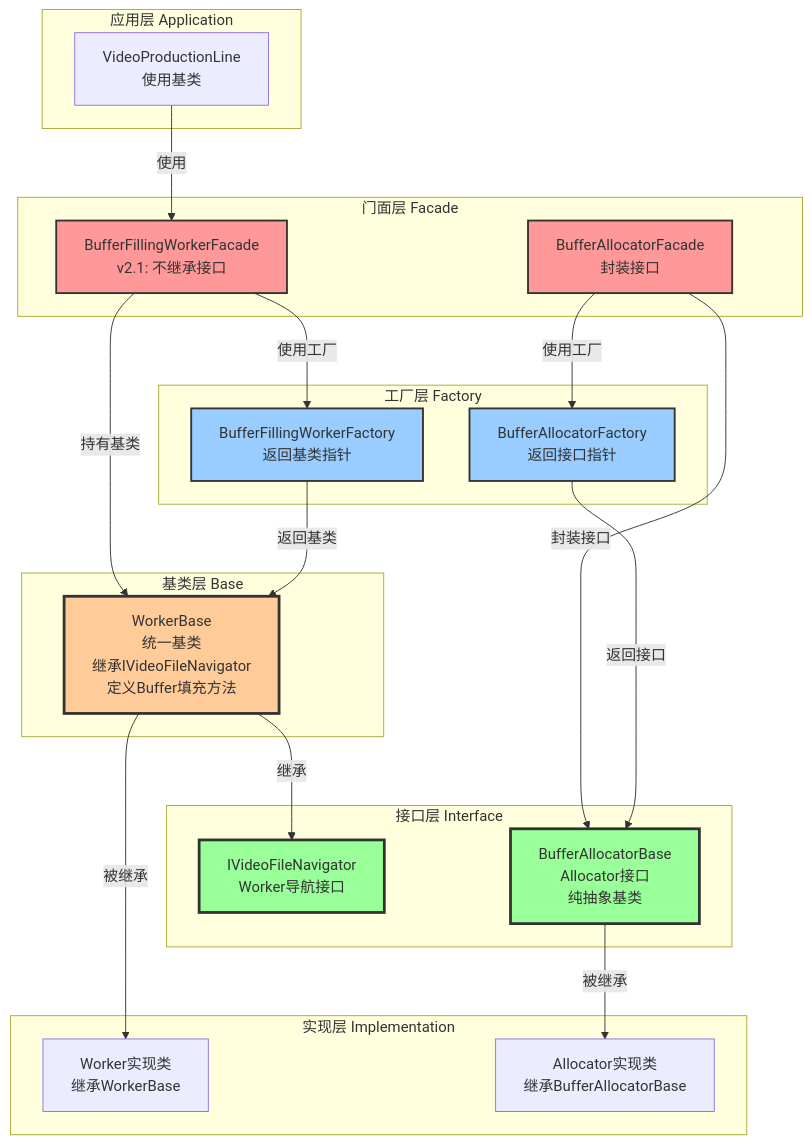
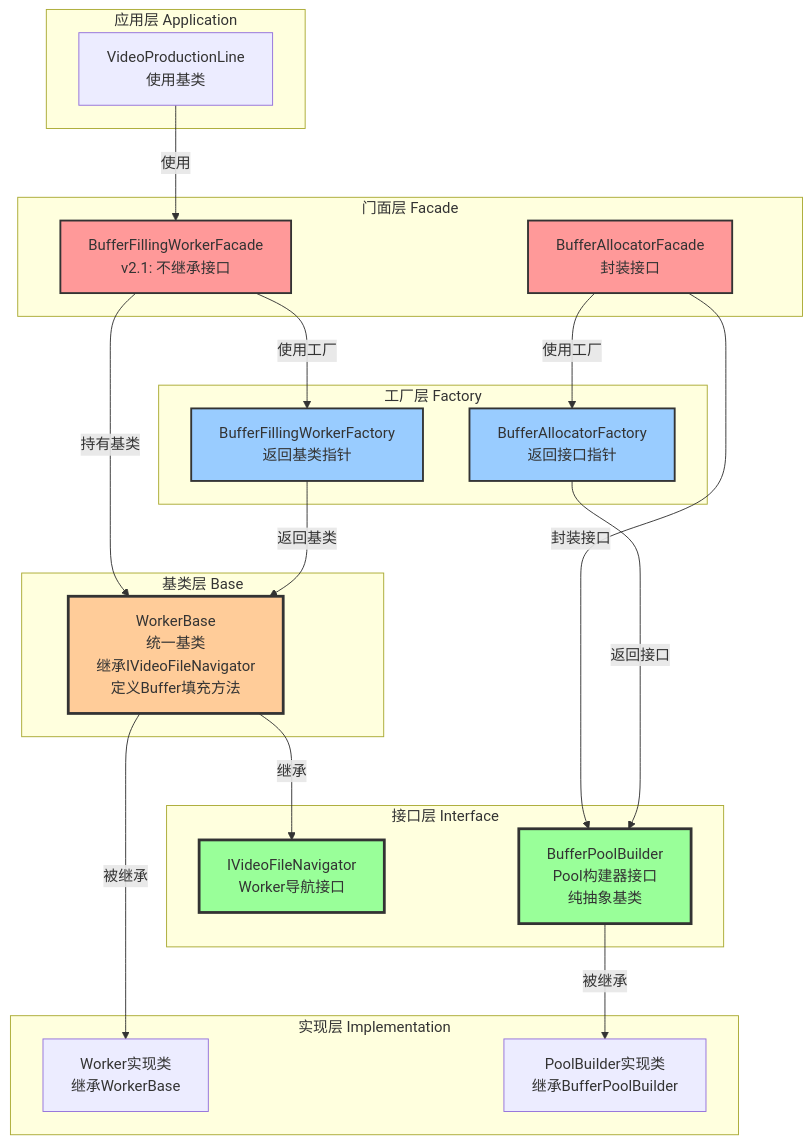
Before and after one commit to luoxiafeng-1990/components: the first of 6 diagrams in ARCHITECTURE.md, drawn with Mermaid. The commit also changed other lines of this file and 68 other files, not shown here.

First line of the commit message:
refactor(bufferpool): 将 buffer/pool 模块重组到独立 bufferpool 命名空间

````diff
--- a/ARCHITECTURE.md
+++ b/ARCHITECTURE.md
@@ -2466,50 +1189,50 @@
 ```mermaid
 graph TB
     subgraph "应用层 Application"
         VPL[VideoProductionLine<br/>使用基类]
     end
     
     subgraph "门面层 Facade"
         BFW[BufferFillingWorkerFacade<br/>v2.1: 不继承接口]
         BAF[BufferAllocatorFacade<br/>封装接口]
     end
     
     subgraph "工厂层 Factory"
         BFWFactory[BufferFillingWorkerFactory<br/>返回基类指针]
         BAFactory[BufferAllocatorFactory<br/>返回接口指针]
     end
     
     subgraph "接口层 Interface"
         IVFN[IVideoFileNavigator<br/>Worker导航接口]
-        BAB[BufferAllocatorBase<br/>Allocator接口<br/>纯抽象基类]
+        BAB[BufferPoolBuilder<br/>Pool构建器接口<br/>纯抽象基类]
     end
     
     subgraph "基类层 Base"
         WB[WorkerBase<br/>统一基类<br/>继承IVideoFileNavigator<br/>定义Buffer填充方法]
     end
     
     subgraph "实现层 Implementation"
         WorkerImpl[Worker实现类<br/>继承WorkerBase]
-        AllocatorImpl[Allocator实现类<br/>继承BufferAllocatorBase]
+        AllocatorImpl[PoolBuilder实现类<br/>继承BufferPoolBuilder]
     end
     
     VPL -->|使用| BFW
     BFW -->|持有基类| WB
     BFW -->|使用工厂| BFWFactory
     BFWFactory -->|返回基类| WB
     WB -->|继承| IVFN
     WB -->|被继承| WorkerImpl
     
     BAF -->|封装接口| BAB
     BAF -->|使用工厂| BAFactory
     BAFactory -->|返回接口| BAB
     BAB -->|被继承| AllocatorImpl
     
     style IVFN fill:#99ff99,stroke:#333,stroke-width:3px
     style BAB fill:#99ff99,stroke:#333,stroke-width:3px
     style WB fill:#ffcc99,stroke:#333,stroke-width:3px
     style BFW fill:#ff9999,stroke:#333,stroke-width:2px
     style BAF fill:#ff9999,stroke:#333,stroke-width:2px
     style BFWFactory fill:#99ccff,stroke:#333,stroke-width:2px
     style BAFactory fill:#99ccff,stroke:#333,stroke-width:2px
 ```
````
